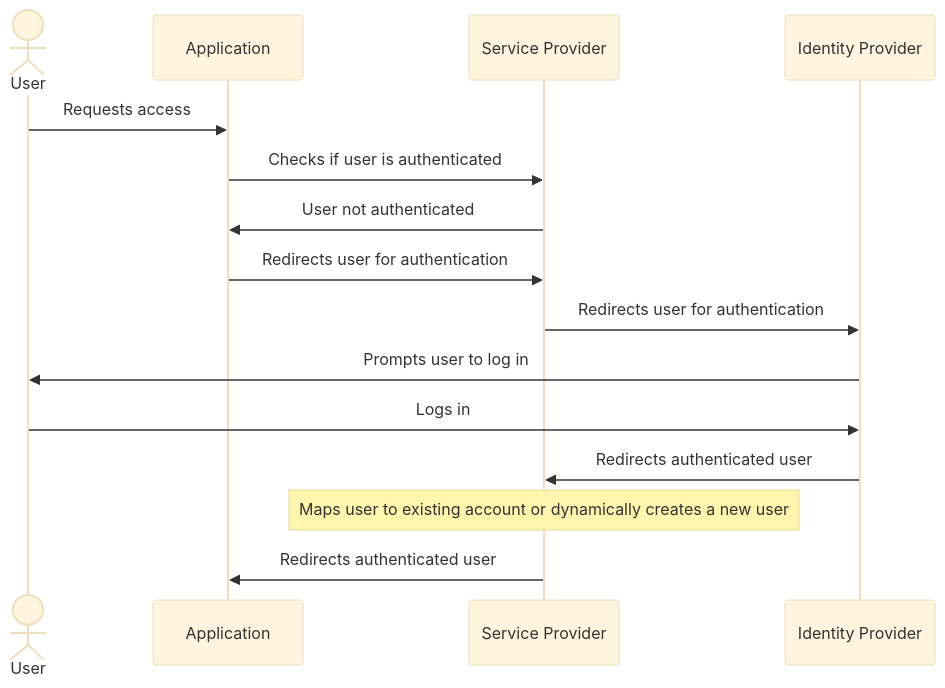
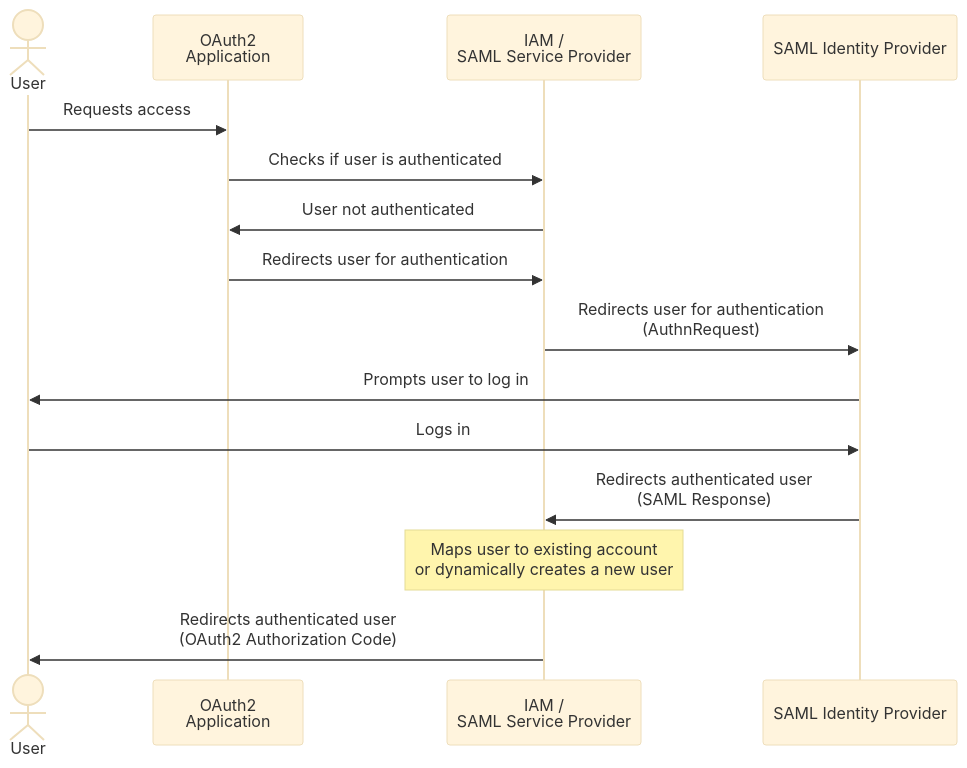
The diagram in README.md (PabloLec/sb_keycloak_saml), drawn with Mermaid (base theme) before and after one commit. The commit also changed other lines of this file and 5 other files, not shown here.

Commit message:
Add IdP-Initiated Flow configuration

````diff
--- a/README.md
+++ b/README.md
@@ -7,17 +7,17 @@
 ```mermaid
 sequenceDiagram
     actor User
-    participant Application
-    participant SP as Service Provider
-    participant IdP as Identity Provider
+    participant Application as OAuth2<br>Application
+    participant SP as IAM /<br>SAML Service Provider
+    participant IdP as SAML Identity Provider
     User->>Application: Requests access
     Application->>SP: Checks if user is authenticated
     SP->>Application: User not authenticated
     Application->>SP: Redirects user for authentication
-    SP->>IdP: Redirects user for authentication
+    SP->>IdP: Redirects user for authentication<br>(AuthnRequest)
     IdP->>User: Prompts user to log in
     User->>IdP: Logs in
-    IdP->>SP: Redirects authenticated user
-    Note over SP: Maps user to existing account or dynamically creates a new user
-    SP->>Application: Redirects authenticated user
+    IdP->>SP: Redirects authenticated user<br>(SAML Response)
+    Note over SP: Maps user to existing account<br>or dynamically creates a new user
+    SP->>User: Redirects authenticated user<br>(OAuth2 Authorization Code)
 ```
````
